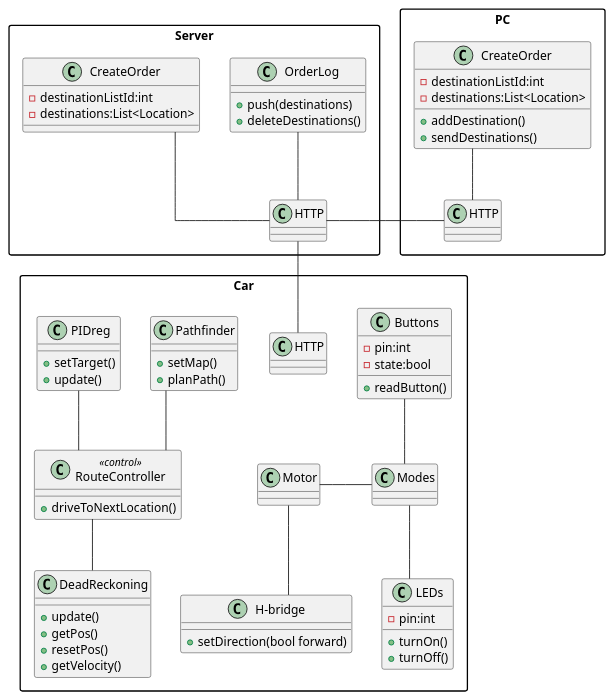
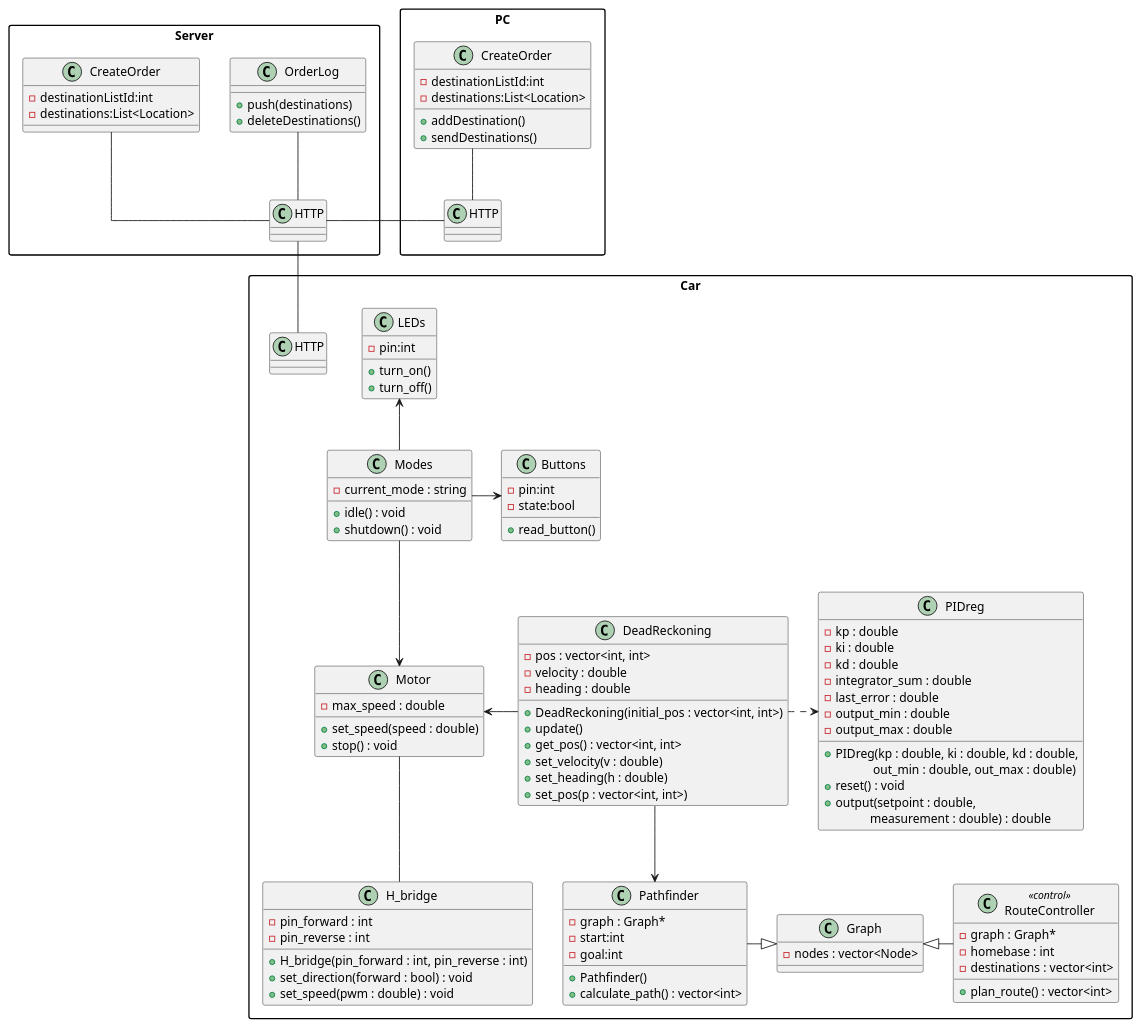
Before and after one commit to lineklemensen/PRJ3: the diagram in docs/diagrams/Plantuml/apModel/classes.puml, drawn with PlantUML. The commit also changed 1 other file, not shown here.

Commit message:
Opdaterede klasse diagram

```diff
--- a/docs/diagrams/Plantuml/apModel/classes.puml
+++ b/docs/diagrams/Plantuml/apModel/classes.puml
@@ -1,111 +1,152 @@
 @startuml Classes
 
 skinparam {
     packageStyle rectangle
     Linetype ortho
 }
 
 package PC
 {
     class "HTTP" as phttp
 
     class "CreateOrder" as pco
     {
         -destinationListId:int
         -destinations:List<Location>
         +addDestination()
         +sendDestinations()
     }
 }
 
 package Server
 {
     class "HTTP" as shttp
 
     class "OrderLog" as ol
     {
         +push(destinations)
         +deleteDestinations()
     }
 
     class "CreateOrder" as sco
     {
         -destinationListId:int
         -destinations:List<Location>
     }
 }
 
 package Car
 {
-    class "HTTP" as chttp
+
+    class "LEDs" as led
+    {
+        -pin:int
+        +turn_on()
+        +turn_off()
+    }
+
+    class "Modes" as md
+    {
+        -current_mode : string
+        +idle() : void
+        +shutdown() : void
+
+    }
 
     class "Buttons" as b
     {
         -pin:int
         -state:bool
-        +readButton()
-    }
-
-    class "H-bridge" as hb
-    {
-        +setDirection(bool forward)
+        +read_button()
     }
 
     class "Motor" as m
     {
-
-    }
-
-    class "Pathfinder" as pf
-    {
-        +setMap()
-        +planPath()
+        -max_speed : double
+        +set_speed(speed : double)
+        +stop() : void
     }
 
     class "PIDreg" as pid
     {
-        +setTarget()
-        +update()
+        -kp : double
+        -ki : double
+        -kd : double
+        -integrator_sum : double
+        -last_error : double
+        -output_min : double
+        -output_max : double
+        +PIDreg(kp : double, ki : double, kd : double,
+        \t    out_min : double, out_max : double)
+        +reset() : void
+        +output(setpoint : double,
+        \t   measurement : double) : double
+    }
+
+
+    class "Pathfinder" as pf
+    {
+        -graph : Graph*
+        -start:int
+        -goal:int
+        +Pathfinder()
+        +calculate_path() : vector<int>
     }
 
     class "DeadReckoning" as dr
     {
+        -pos : vector<int, int>
+        -velocity : double
+        -heading : double
+        +DeadReckoning(initial_pos : vector<int, int>)
         +update()
-        +getPos()
-        +resetPos()
-        +getVelocity()
+        +get_pos() : vector<int, int>
+        +set_velocity(v : double)
+        +set_heading(h : double)
+        +set_pos(p : vector<int, int>)
     }
 
     class "RouteController" as rc <<control>>
     {
-        +driveToNextLocation()
+        -graph : Graph*
+        -homebase : int
+        -destinations : vector<int>
+        +plan_route() : vector<int>
 
     }
 
-    class "LEDs" as led
+    class "H_bridge" as hb
     {
-        -pin:int
-        +turnOn()
-        +turnOff()
+        -pin_forward : int
+        -pin_reverse : int
+        +H_bridge(pin_forward : int, pin_reverse : int)
+        +set_direction(forward : bool) : void
+        +set_speed(pwm : double) : void
     }
 
-    class "Modes" as md
+    class "HTTP" as chttp
+
+    class Graph {
+        -nodes : vector<Node>
+    }
 }
 
+dr --> pf
+dr .r.> pid
+dr -l-> m
+m -- hb
 
-m -- hb
-md -l- m
-pid -- rc
-rc -- dr
-pf -- rc
-md -u- b
-md -- led
+md -d-> m
+md -r-> b
+md -u-> led
 
 ol -- shttp
 sco -- shttp
 pco -- phttp
 
 shttp -- chttp
 shttp -l- phttp
 
+Graph <|-l- pf 
+Graph <|-r- rc
 @enduml
```
